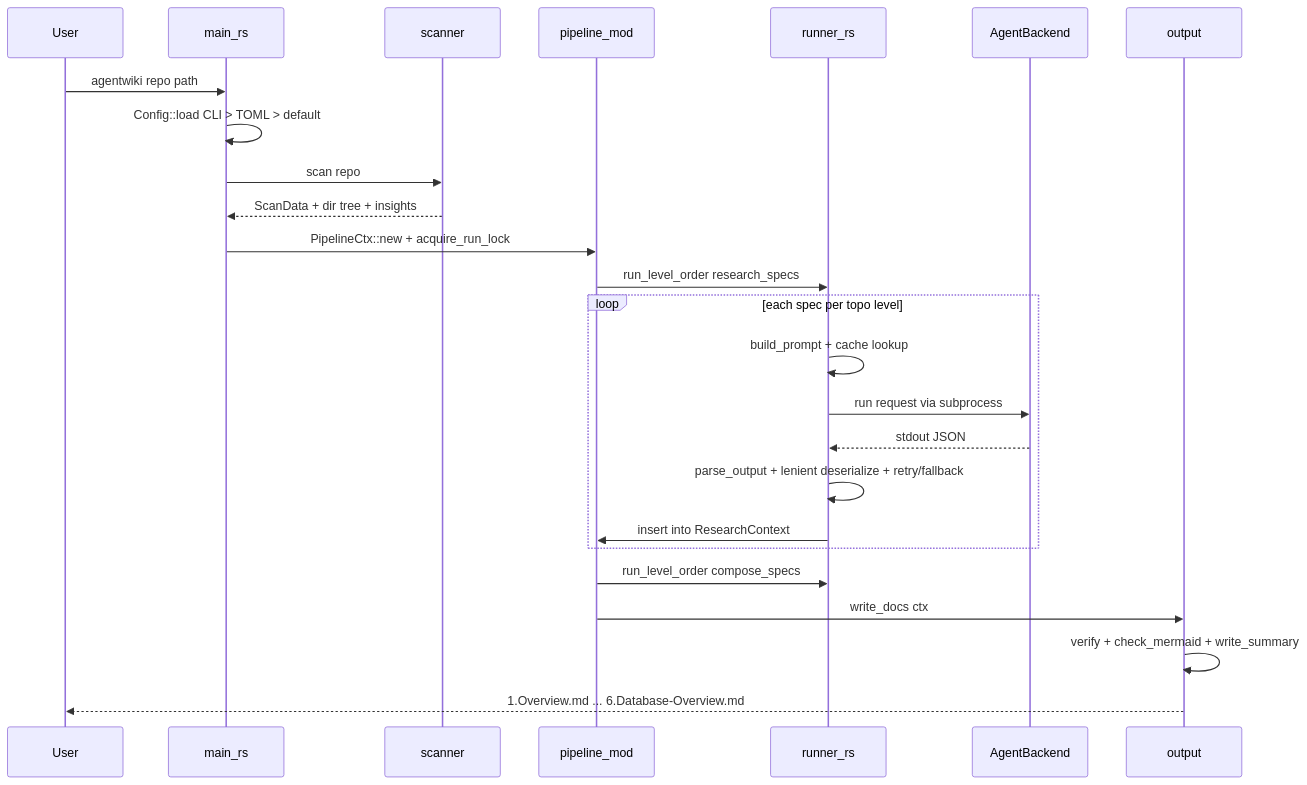
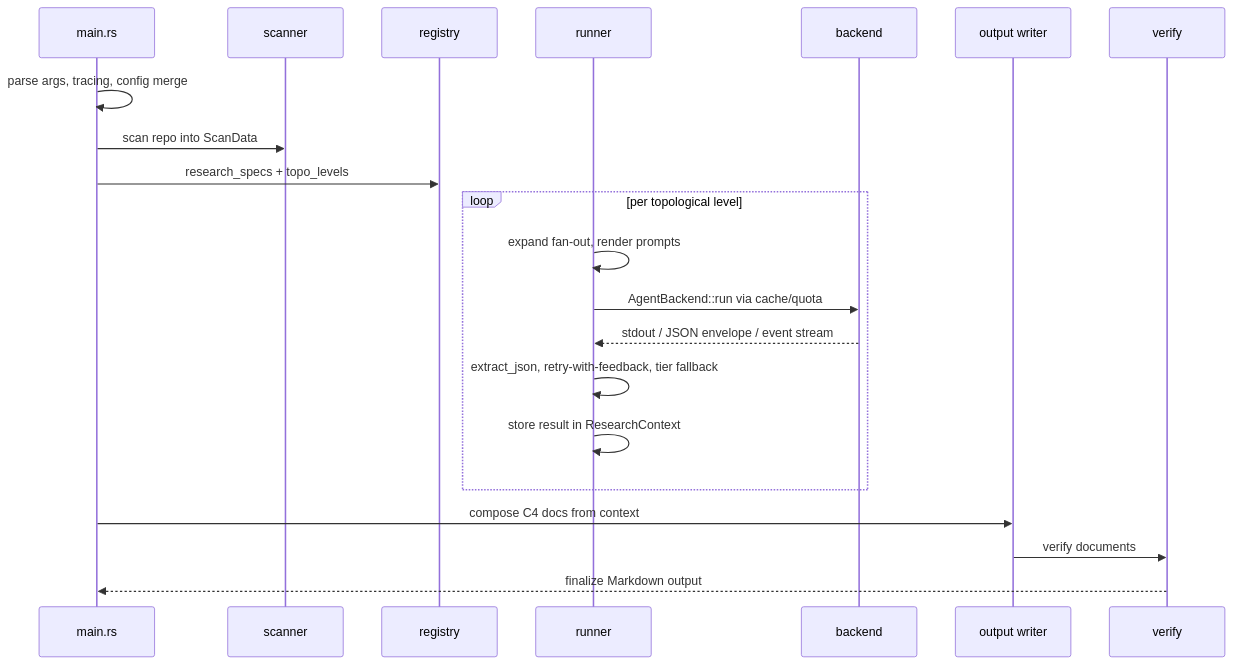
Before and after one commit to tidusvn05/agentwiki: the third of 5 diagrams in docs/vi/2.Architecture.md, drawn with Mermaid. The commit also changed other lines of this file and 49 other files, not shown here.

````diff
--- a/docs/vi/2.Architecture.md
+++ b/docs/vi/2.Architecture.md
@@ -289,28 +252,24 @@
 ```mermaid
 sequenceDiagram
-    participant U as User
-    participant M as main_rs
-    participant S as scanner
-    participant P as pipeline_mod
-    participant R as runner_rs
-    participant B as AgentBackend
-    participant O as output
+    participant M as main.rs
+    participant SC as scanner
+    participant RG as registry
+    participant RN as runner
+    participant BE as backend
+    participant WR as output writer
+    participant VF as verify
 
-    U->>M: agentwiki repo path
-    M->>M: Config::load CLI > TOML > default
-    M->>S: scan repo
-    S-->>M: ScanData + dir tree + insights
-    M->>P: PipelineCtx::new + acquire_run_lock
-    P->>R: run_level_order research_specs
-    loop each spec per topo level
-        R->>R: build_prompt + cache lookup
-        R->>B: run request via subprocess
-        B-->>R: stdout JSON
-        R->>R: parse_output + lenient deserialize + retry/fallback
-        R->>P: insert into ResearchContext
+    M->>M: parse args, tracing, config merge
+    M->>SC: scan repo into ScanData
+    M->>RG: research_specs + topo_levels
+    loop per topological level
+        RN->>RN: expand fan-out, render prompts
+        RN->>BE: AgentBackend::run via cache/quota
+        BE-->>RN: stdout / JSON envelope / event stream
+        RN->>RN: extract_json, retry-with-feedback, tier fallback
+        RN->>RN: store result in ResearchContext
     end
-    P->>R: run_level_order compose_specs
-    P->>O: write_docs ctx
-    O->>O: verify + check_mermaid + write_summary
-    O-->>U: 1.Overview.md ... 6.Database-Overview.md
+    M->>WR: compose C4 docs from context
+    WR->>VF: verify documents
+    VF-->>M: finalize Markdown output
 ```
````
